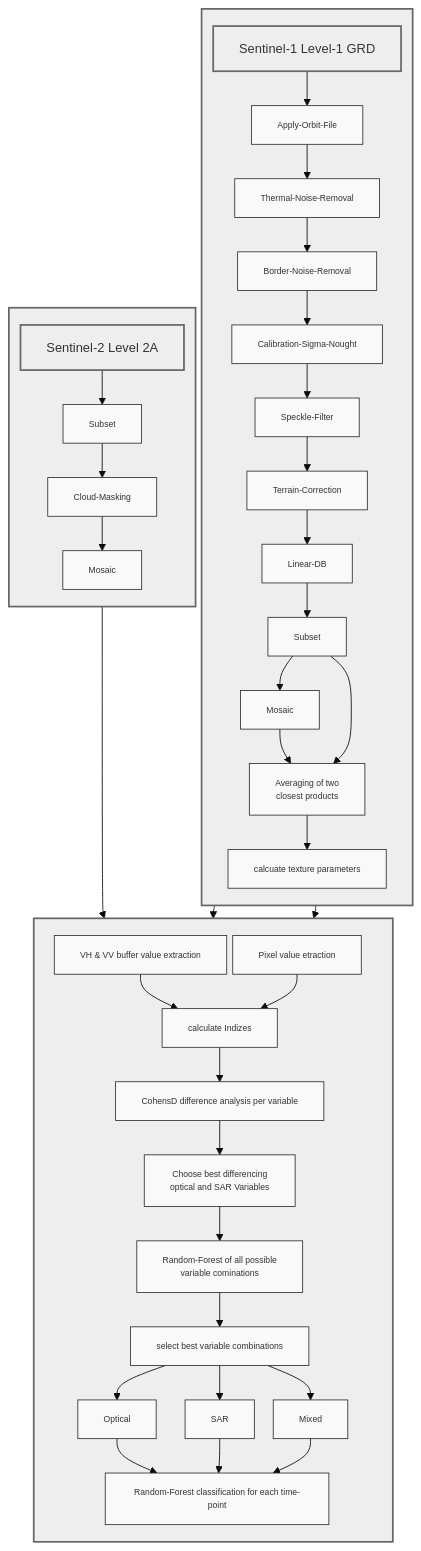
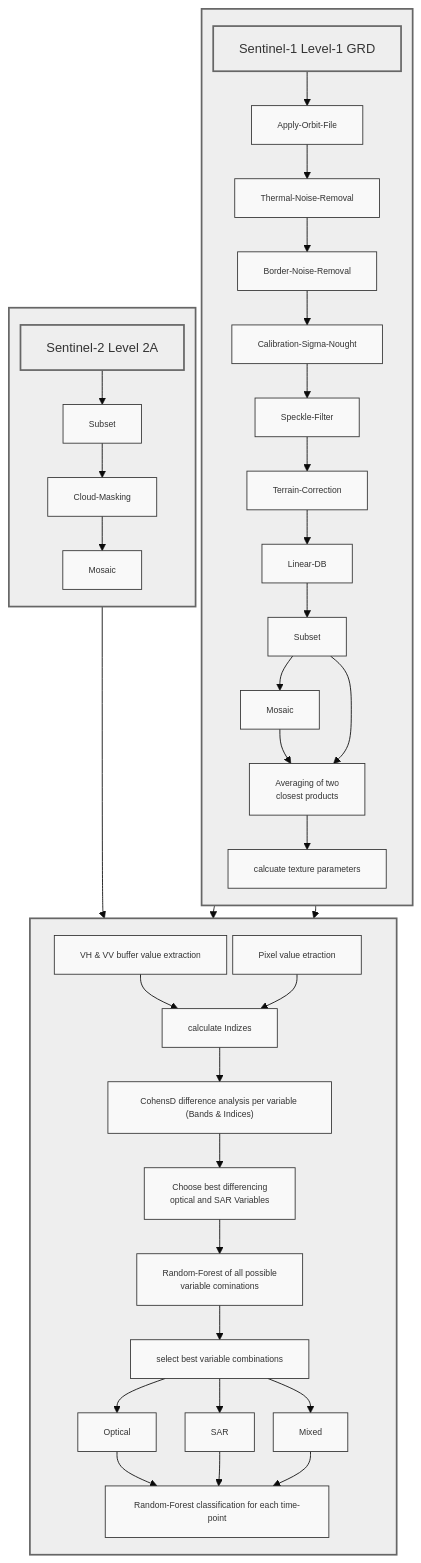
The diagram in README.md (Dege314/MLU_LSS_1), drawn with Mermaid before and after one commit.

Commit message:
Update description in README for CohensD analysis

````diff
--- a/README.md
+++ b/README.md
@@ -5,65 +5,65 @@
 ```mermaid
 %%{init: {'theme': 'base', 'themeVariables': { 'fontSize': '10px', 'fontFamily': 'arial' }, 'flowchart': { 'nodeSpacing': 7,'rankSpacing': 15 }}}%%
 flowchart TD
     %% Konfiguration für gerade/eckige Linien
     linkStyle default orthogonal
 
     %% S1-Subgraph
     subgraph Sentinel1[" "]
         direction TB
         Title["Sentinel-1 Level-1 GRD"]
         Title --> AOF
         AOF["Apply-Orbit-File"] --> TNR["Thermal-Noise-Removal"]
         TNR --> BNR["Border-Noise-Removal"]
         BNR --> Cal["Calibration-Sigma-Nought"]
         Cal --> SPK["Speckle-Filter"]
         SPK --> TCR["Terrain-Correction"]
         TCR --> LDB["Linear-DB"]
         LDB --> 1SUB["Subset"]
         1SUB --> 1MSC["Mosaic"]
         1MSC --> Mean["Averaging of two <br> closest products"]
         Mean --> TP["calcuate texture parameters"]
         1SUB --> Mean
     end
 
     %% Sentinel-2 Subgraph
     subgraph Sentinel2[" "]
         direction TB
         Title2["Sentinel-2 Level 2A"]
         Title2 --> 2SUB
         2SUB["Subset"] --> CLM["Cloud-Masking"]
         CLM --> 2MSC["Mosaic"]
     end
 
     %% Analyse Subgraph
     subgraph Classification[" "]
         direction TB
         BE["VH & VV buffer value extraction"]
         PE["Pixel value etraction"]
         BE --> IC["calculate Indizes"]
-        IC --> CD["CohensD difference analysis per variable"]
+        IC --> CD["CohensD difference analysis per variable (Bands & Indices)"]
         PE --> IC
         CD --> BV["Choose best differencing <br> optical and SAR Variables"]
         BV --> RF1["Random-Forest of all possible <br> variable cominations"]
         RF1 --> SB["select best variable combinations"]
         SB --> Optical["Optical"]
         SB --> SAR["SAR"]
         SB --> Mixed["Mixed"]
         Optical --> RF2["Random-Forest classification for each time-point"]
         SAR --> RF2
         Mixed -->RF2
 
         
     end
 
     %% Verbindungen zwischen Subgraphs
         TP --> PE
         2MSC --> PE
         TP --> BE
 
     %% Stil- und Layoutoptimierungen
     classDef box fill:#f9f9f9,stroke:#333,stroke-width:1px,font-size:10px
     classDef subgraph_style fill:#eeeeee,stroke:#666,stroke-width:2px,font-size:15px, padding:10
     class AOF,TNR,BNR,Cal,SPK,TCR,LDB,1SUB,1MSC,Mean,TP,2SUB,CLM,BE,PE,CD,BV,RF1,RF2,SB,1MSC,IC,2MSC,Optical,SAR,Mixed,App box
     class Sentinel1,Sentinel2,Classification,Title,Title2,RF subgraph_style
 ```
````
